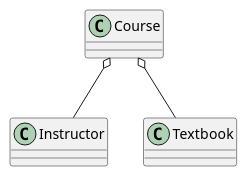
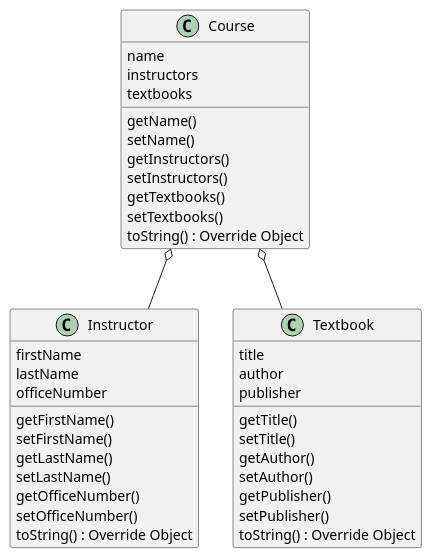
One commit to abanoub66/CS5800HW1 changed the diagram in src/AggregationCourse/CourseClassUML.puml. Above: the diagram before and after it, drawn with PlantUML. The commit also changed 1 other file, not shown here.

Commit message:
found errors in course

```diff
--- a/src/AggregationCourse/CourseClassUML.puml
+++ b/src/AggregationCourse/CourseClassUML.puml
@@ -1,8 +1,41 @@
 @startuml
-class Course
-class Instructor
-class Textbook
+class Course {
+name
+instructors
+textbooks
+getName()
+setName()
+getInstructors()
+setInstructors()
+getTextbooks()
+setTextbooks()
+toString() : Override Object
+}
+class Instructor {
+firstName
+lastName
+officeNumber
+getFirstName()
+setFirstName()
+getLastName()
+setLastName()
+getOfficeNumber()
+setOfficeNumber()
+toString() : Override Object
+}
+class Textbook {
+title
+author
+publisher
+getTitle()
+setTitle()
+getAuthor()
+setAuthor()
+getPublisher()
+setPublisher()
+toString() : Override Object
+}
 
 Course o-- Instructor
 Course o-- Textbook
 @enduml
```
